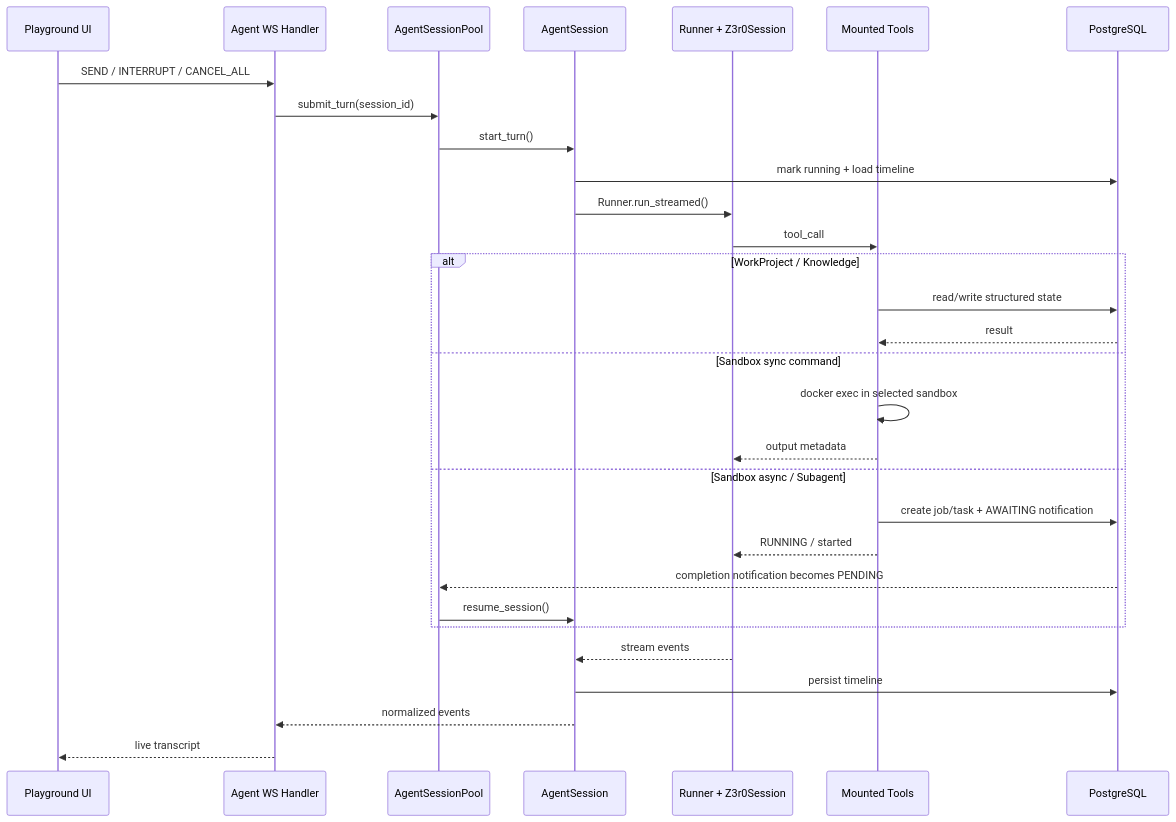
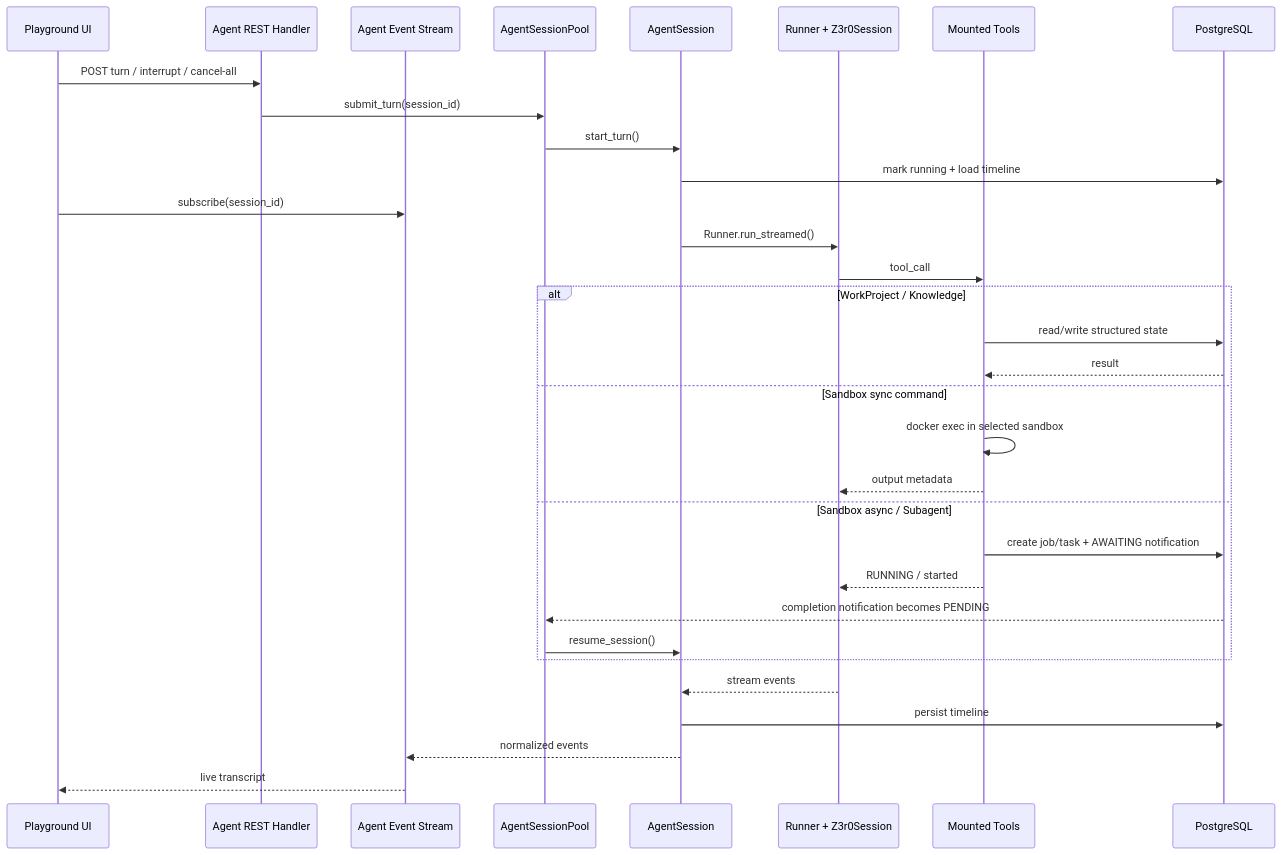
The second of 2 diagrams in docs/en/guide/overview.md (MolTau9527/Z3r0), drawn with Mermaid before and after one commit. The commit also changed 23 other files, not shown here.

Commit message:
fix: Align playground turn submission with REST events to render first-message streams immediately

````diff
--- a/docs/en/guide/overview.md
+++ b/docs/en/guide/overview.md
@@ -75,36 +75,38 @@
 ```mermaid
 sequenceDiagram
   participant UI as Playground UI
-  participant WS as Agent WS Handler
+  participant API as Agent REST Handler
+  participant WS as Agent Event Stream
   participant Pool as AgentSessionPool
   participant Sess as AgentSession
   participant SDK as Runner + Z3r0Session
   participant Tool as Mounted Tools
   participant DB as PostgreSQL
 
-  UI->>WS: SEND / INTERRUPT / CANCEL_ALL
-  WS->>Pool: submit_turn(session_id)
+  UI->>API: POST turn / interrupt / cancel-all
+  API->>Pool: submit_turn(session_id)
   Pool->>Sess: start_turn()
   Sess->>DB: mark running + load timeline
+  UI->>WS: subscribe(session_id)
   Sess->>SDK: Runner.run_streamed()
 
   SDK->>Tool: tool_call
 
   alt WorkProject / Knowledge
     Tool->>DB: read/write structured state
     DB-->>Tool: result
   else Sandbox sync command
     Tool->>Tool: docker exec in selected sandbox
     Tool-->>SDK: output metadata
   else Sandbox async / Subagent
     Tool->>DB: create job/task + AWAITING notification
     Tool-->>SDK: RUNNING / started
     DB-->>Pool: completion notification becomes PENDING
     Pool->>Sess: resume_session()
   end
 
   SDK-->>Sess: stream events
   Sess->>DB: persist timeline
   Sess-->>WS: normalized events
   WS-->>UI: live transcript
 ```
````
